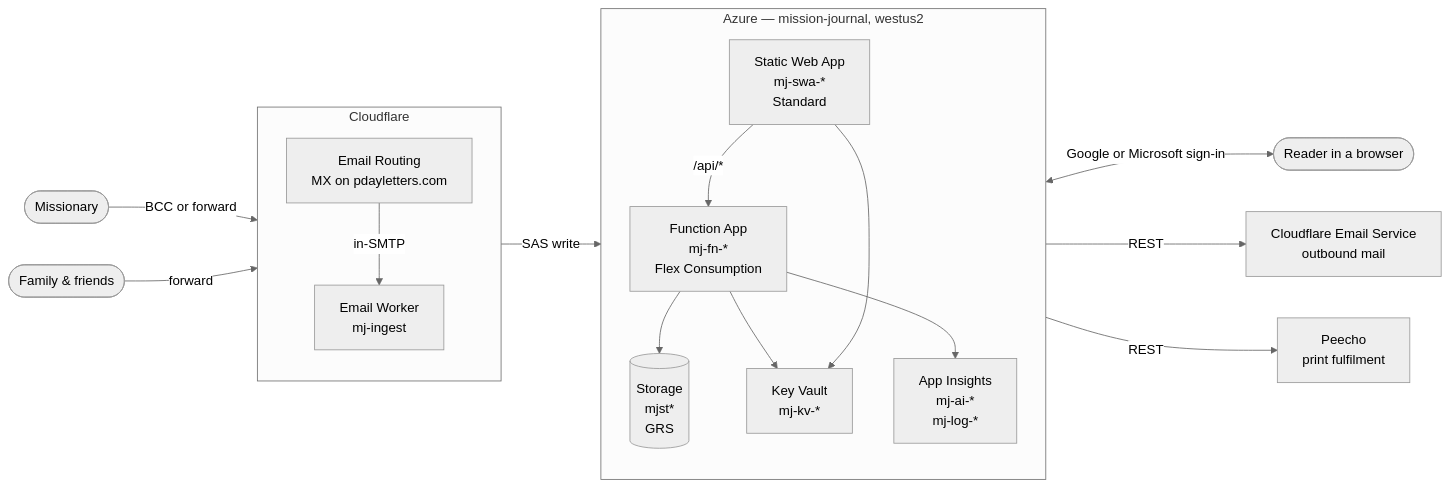
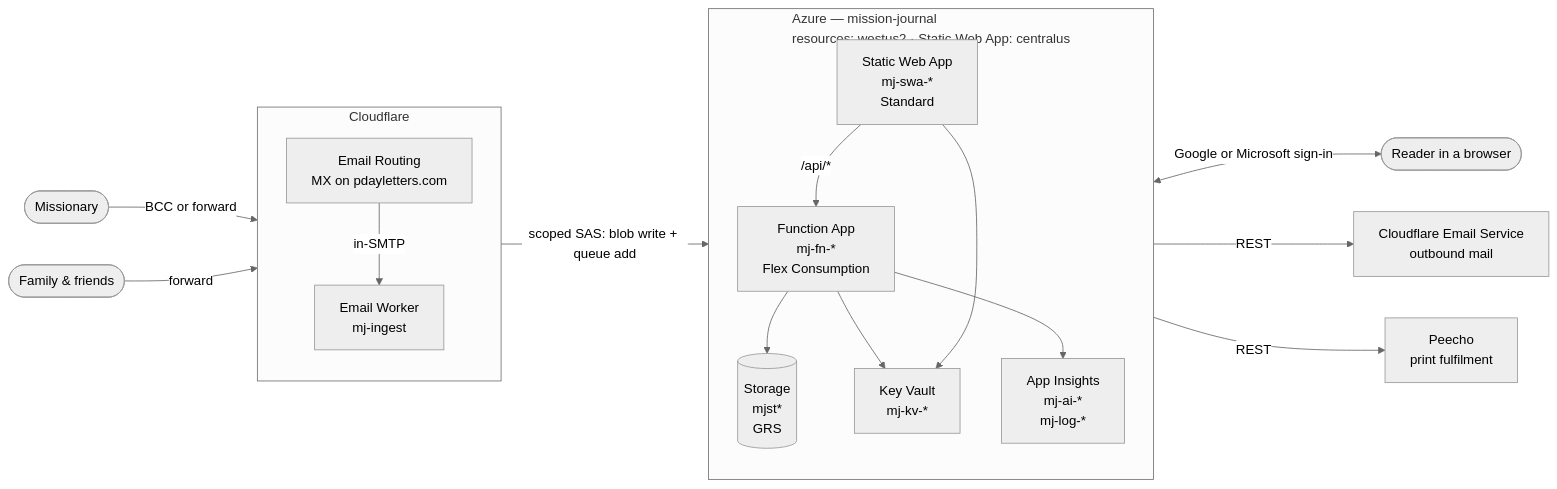
One commit to kurtzeborn/mission-journal changed the first of 12 diagrams in docs/architecture.md. Above: the diagram before and after it, drawn with Mermaid (neutral theme). The commit also changed other lines of this file, not shown here.

First line of the commit message:
Update deployed architecture diagrams

````diff
--- a/docs/architecture.md
+++ b/docs/architecture.md
@@ -11,32 +11,32 @@
 ```mermaid
 flowchart LR
     missionary([Missionary]) -->|"BCC or forward"| cf
     family(["Family & friends"]) -->|forward| cf
 
     subgraph cloudflare["Cloudflare"]
         direction TB
         cf["Email Routing<br/>MX on pdayletters.com"]
         worker["Email Worker<br/>mj-ingest"]
         cf -->|in-SMTP| worker
     end
 
-    subgraph azure["Azure &mdash; mission-journal, westus2"]
+    subgraph azure["Azure &mdash; mission-journal<br/>resources: westus2 · Static Web App: centralus"]
         direction TB
         swa["Static Web App<br/>mj-swa-*<br/>Standard"]
         fn["Function App<br/>mj-fn-*<br/>Flex Consumption"]
         st[("Storage<br/>mjst*<br/>GRS")]
         kv["Key Vault<br/>mj-kv-*"]
         ai["App Insights<br/>mj-ai-*<br/>mj-log-*"]
 
         swa -->|"/api/*"| fn
         fn --> st
         fn --> kv
         fn --> ai
         swa --> kv
     end
 
-    worker -->|"SAS write"| st
+    worker -->|"scoped SAS: blob write + queue add"| st
     swa <-->|"Google or Microsoft sign-in"| reader(["Reader in a browser"])
     fn -->|REST| mail["Cloudflare Email Service<br/>outbound mail"]
     fn -->|REST| peecho["Peecho<br/>print fulfilment"]
 ```
````
